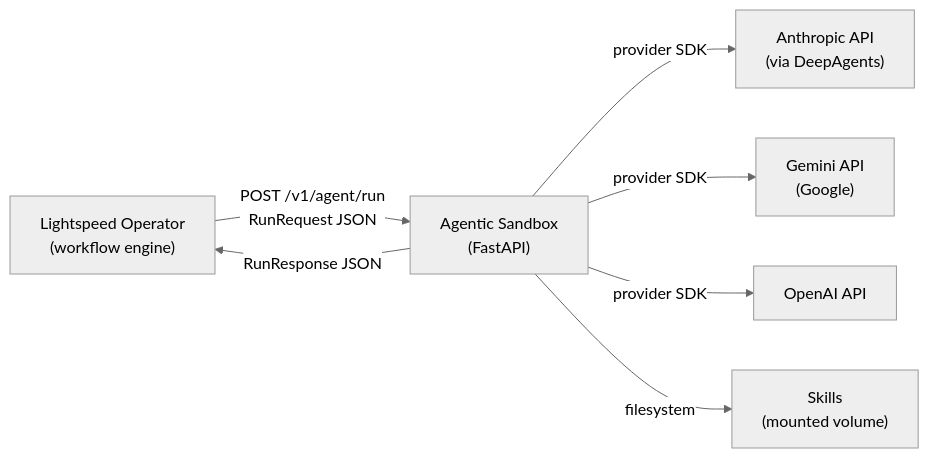
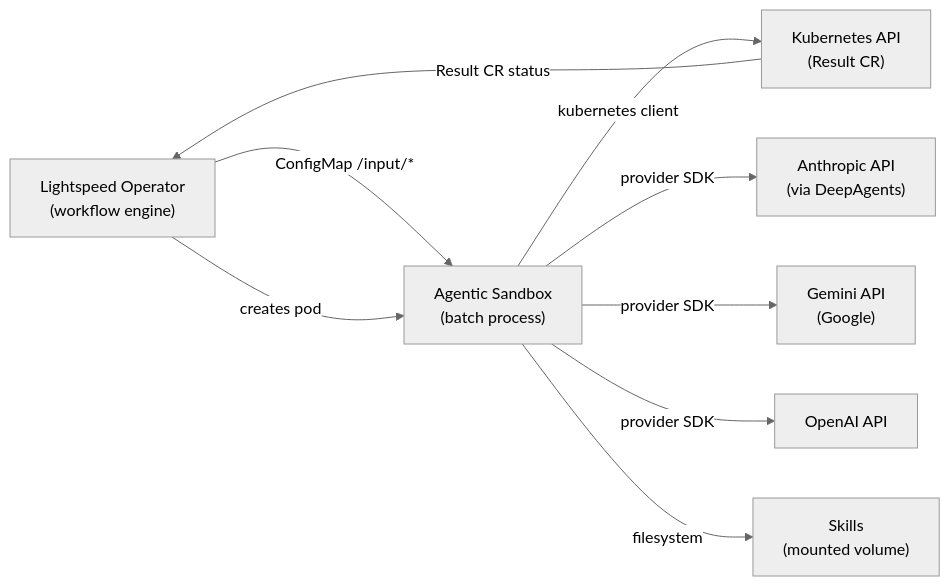
One commit to blublinsky/lightspeed-agentic-sandbox changed the first of 4 diagrams in ARCHITECTURE.md. Above: the diagram before and after it, drawn with Mermaid (neutral theme). The commit also changed other lines of this file and 53 other files, not shown here.

Commit message:
OLS-3066: Migrate sandbox to batch entrypoint (no HTTP server)

````diff
--- a/ARCHITECTURE.md
+++ b/ARCHITECTURE.md
@@ -9,16 +9,19 @@
 ```mermaid
 graph LR
     Operator["Lightspeed Operator<br/>(workflow engine)"]
-    Sandbox["Agentic Sandbox<br/>(FastAPI)"]
+    Sandbox["Agentic Sandbox<br/>(batch process)"]
+    K8s["Kubernetes API<br/>(Result CR)"]
     Anthropic["Anthropic API<br/>(via DeepAgents)"]
     Gemini["Gemini API<br/>(Google)"]
     OpenAI["OpenAI API"]
     Skills["Skills<br/>(mounted volume)"]
 
-    Operator -->|"POST /v1/agent/run<br/>RunRequest JSON"| Sandbox
-    Sandbox -->|RunResponse JSON| Operator
+    Operator -->|"ConfigMap /input/*"| Sandbox
+    Operator -->|"creates pod"| Sandbox
+    Sandbox -->|"kubernetes client"| K8s
+    K8s -->|"Result CR status"| Operator
     Sandbox -->|provider SDK| Anthropic
     Sandbox -->|provider SDK| Gemini
     Sandbox -->|provider SDK| OpenAI
     Sandbox -->|filesystem| Skills
 ```
````
